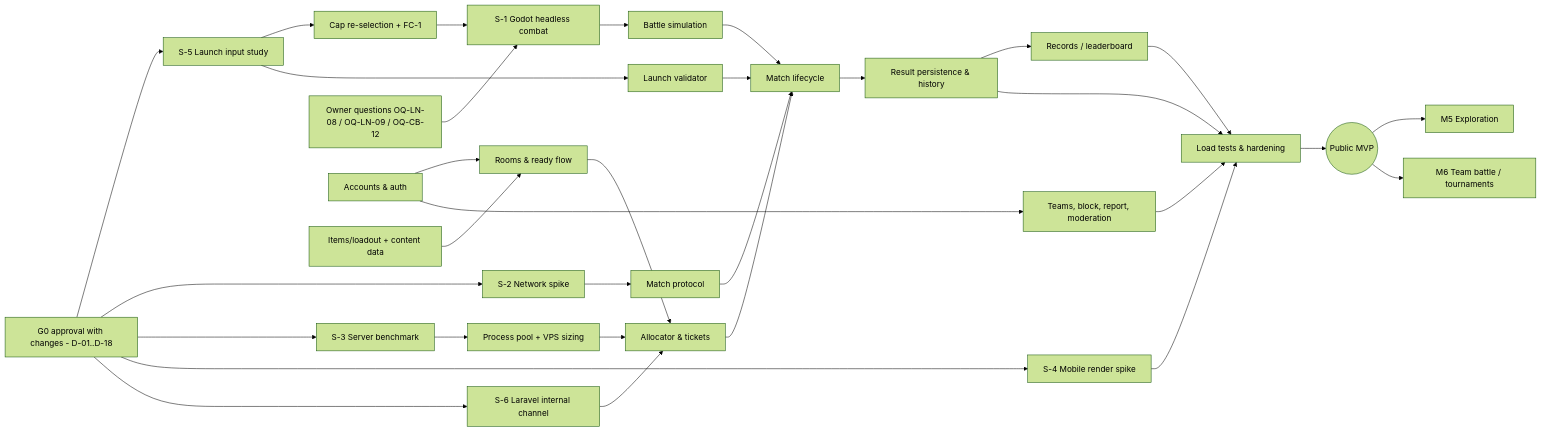
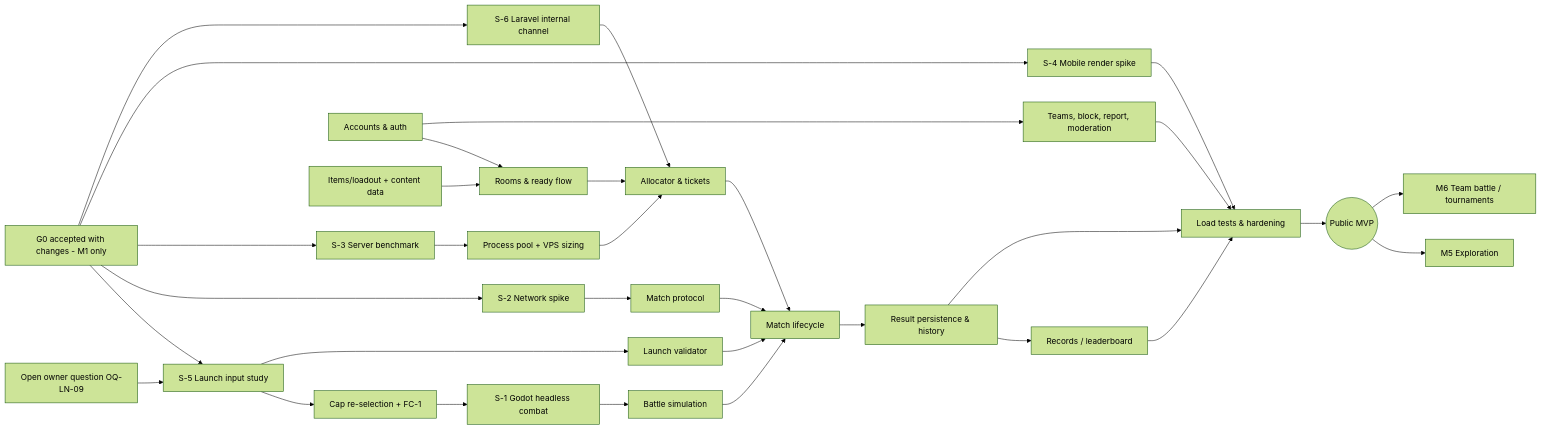
Before and after one commit to houcine212-hub/Bayblade_Sesytem: the diagram in docs/08-planning/roadmap.md, drawn with Mermaid (forest theme). The commit also changed other lines of this file and 38 other files, not shown here.

````diff
--- a/docs/08-planning/roadmap.md
+++ b/docs/08-planning/roadmap.md
@@ -19,34 +19,34 @@
 ```mermaid
 flowchart LR
-  G0[G0 approval with changes - D-01..D-18] --> S5[S-5 Launch input study]
+  G0[G0 accepted with changes - M1 only] --> S5[S-5 Launch input study]
   S5 --> CAP[Cap re-selection + FC-1]
   CAP --> S1[S-1 Godot headless combat]
   G0 --> S2[S-2 Network spike]
   G0 --> S3[S-3 Server benchmark]
   G0 --> S4[S-4 Mobile render spike]
   G0 --> S6[S-6 Laravel internal channel]
   S5 --> LAUNCH[Launch validator]
   S6 --> ALLOC
   LAUNCH --> MATCH
-  Q1[Owner questions OQ-LN-08 / OQ-LN-09 / OQ-CB-12] --> S1
+  Q1[Open owner question OQ-LN-09] --> S5
   S1 --> SIM[Battle simulation]
   S2 --> NET[Match protocol]
   S3 --> POOL[Process pool + VPS sizing]
   ACC[Accounts & auth] --> ROOM[Rooms & ready flow]
   INV[Items/loadout + content data] --> ROOM
   ROOM --> ALLOC[Allocator & tickets]
   POOL --> ALLOC
   ALLOC --> MATCH[Match lifecycle]
   NET --> MATCH
   SIM --> MATCH
   MATCH --> RES[Result persistence & history]
   RES --> REC[Records / leaderboard]
   ACC --> SOC[Teams, block, report, moderation]
   RES --> M4[Load tests & hardening]
   REC --> M4
   SOC --> M4
   M4 --> MVP((Public MVP))
   MVP --> EXP[M5 Exploration]
   MVP --> COMP[M6 Team battle / tournaments]
   S4 --> M4
 ```
````
